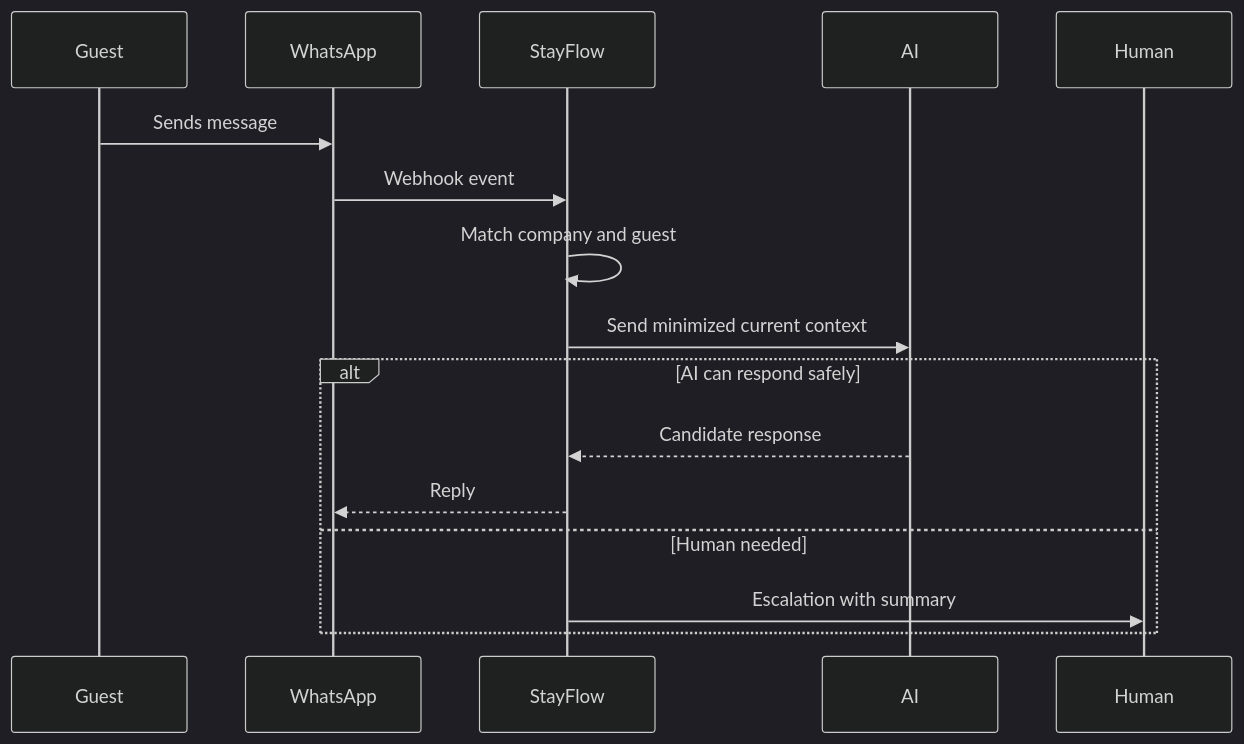
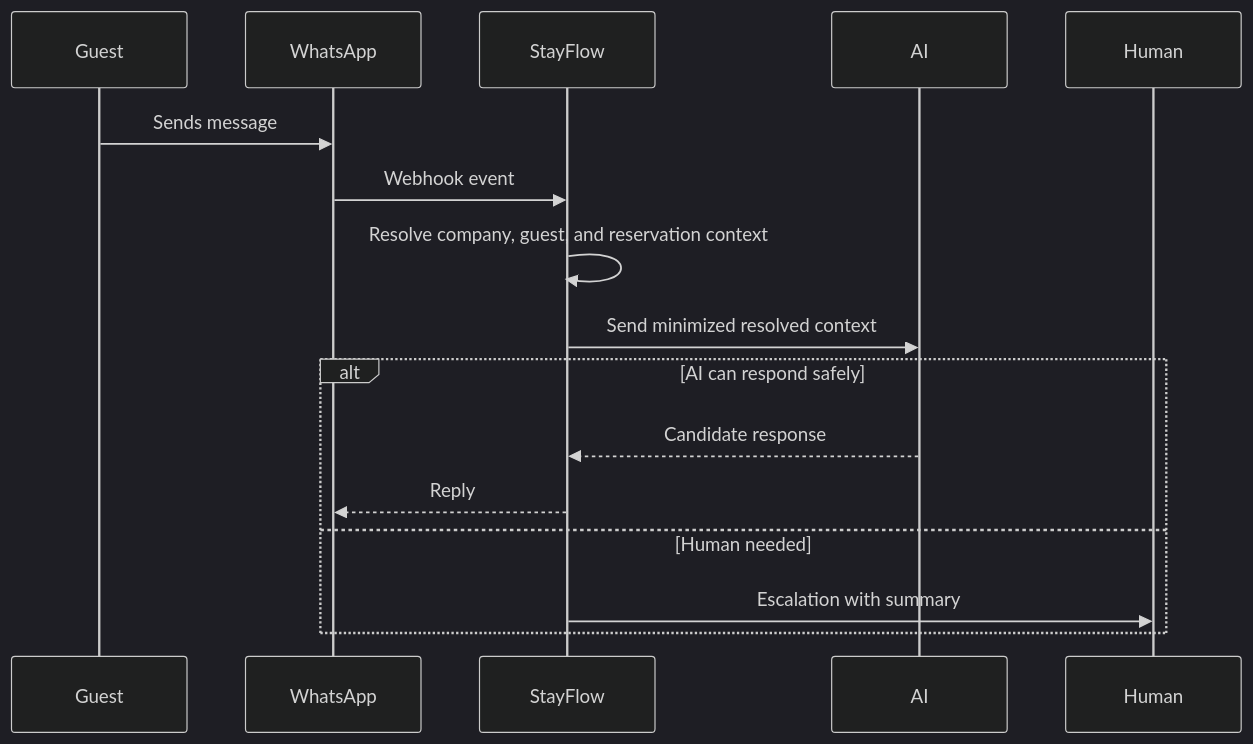
The diagram in docs/product/guest/GuestCommunication.md (Bayomoustapha3730/stayflow-ai), drawn with Mermaid (dark theme) before and after one commit. The commit also changed other lines of this file and 11 other files, not shown here.

Commit message:
Add reservation context resolution ADR

````diff
--- a/docs/product/guest/GuestCommunication.md
+++ b/docs/product/guest/GuestCommunication.md
@@ -106,18 +108,18 @@
 ```mermaid
 sequenceDiagram
     participant Guest
     participant WhatsApp
     participant StayFlow
     participant AI
     participant Human
     Guest->>WhatsApp: Sends message
     WhatsApp->>StayFlow: Webhook event
-    StayFlow->>StayFlow: Match company and guest
-    StayFlow->>AI: Send minimized current context
+    StayFlow->>StayFlow: Resolve company, guest, and reservation context
+    StayFlow->>AI: Send minimized resolved context
     alt AI can respond safely
         AI-->>StayFlow: Candidate response
         StayFlow-->>WhatsApp: Reply
     else Human needed
         StayFlow->>Human: Escalation with summary
     end
 ```
````
